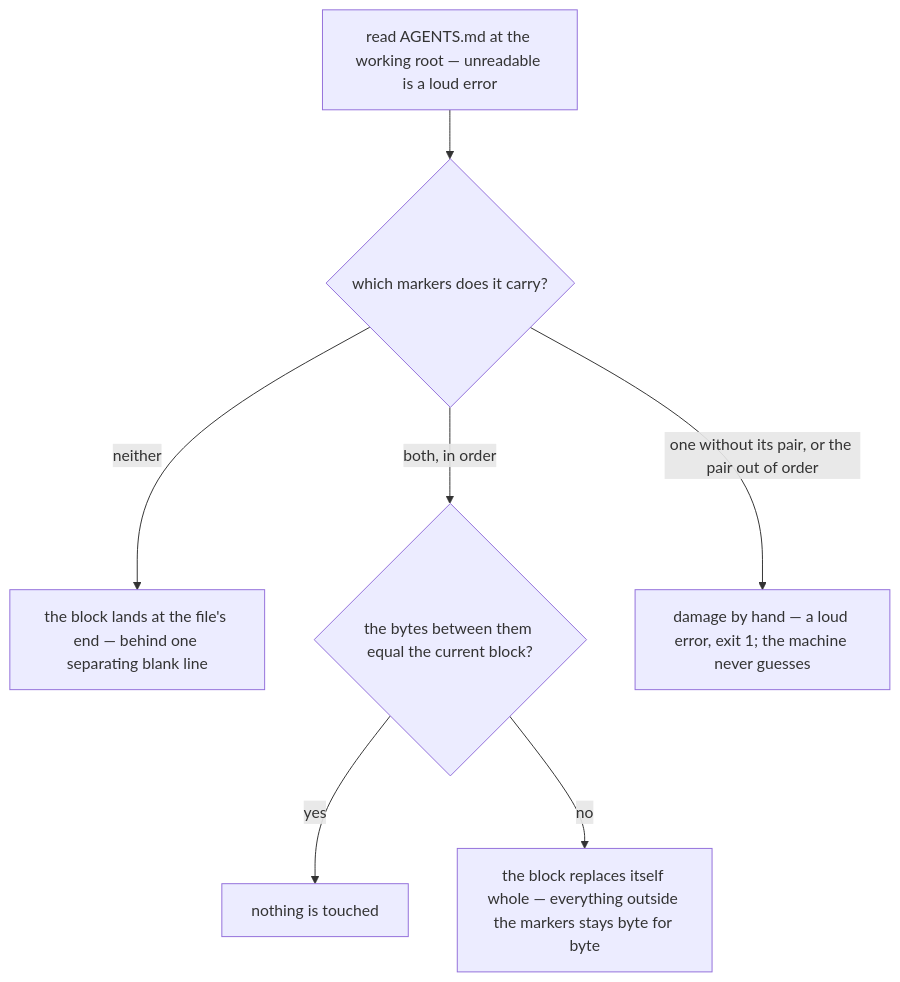
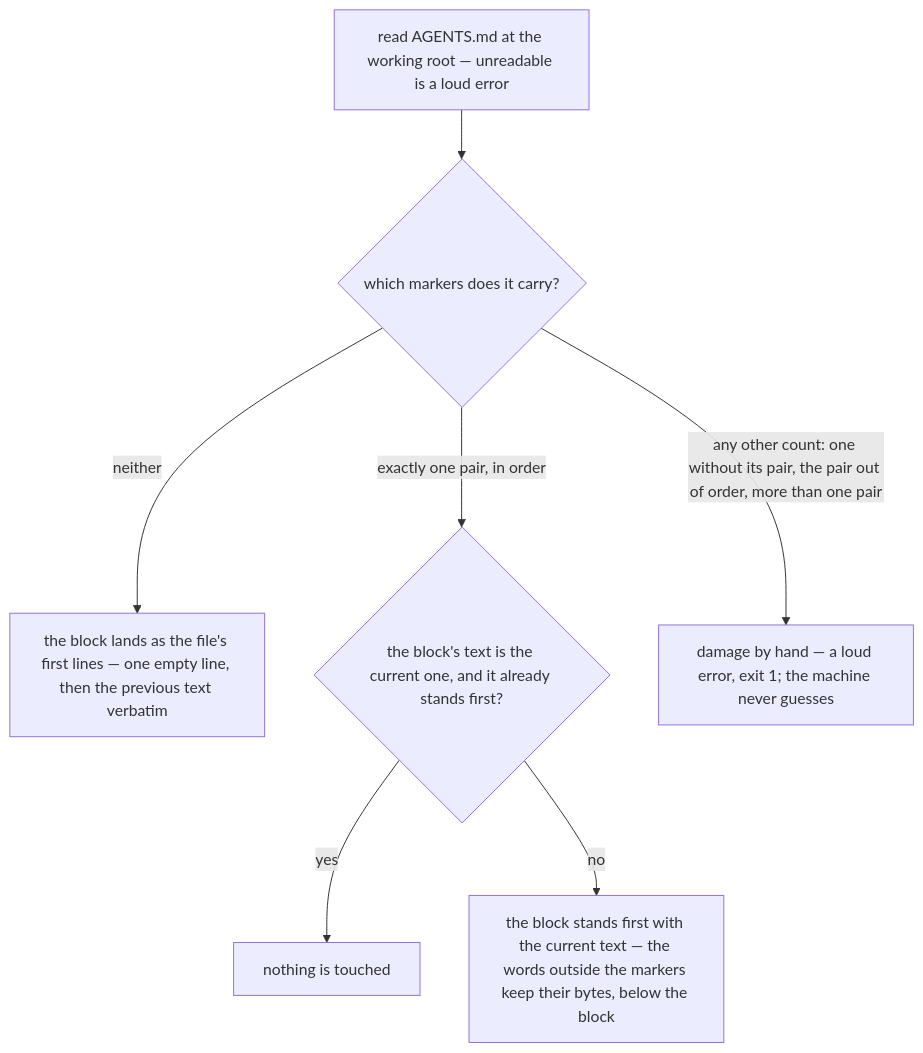
One commit to neurophant/punchtape changed the eighth of 9 diagrams in docs/ARCHITECTURE.md. Above: the diagram before and after it, drawn with Mermaid. The commit also changed other lines of this file and 160 other files, not shown here.

````diff
--- a/docs/ARCHITECTURE.md
+++ b/docs/ARCHITECTURE.md
@@ -774,9 +845,9 @@
 ```mermaid
 flowchart TD
     R["read AGENTS.md at the working root — unreadable is a loud error"] --> M{"which markers does it carry?"}
-    M -- "neither" --> APP["the block lands at the file's end — behind one separating blank line"]
-    M -- "both, in order" --> EQ{"the bytes between them equal the current block?"}
+    M -- "neither" --> APP["the block lands as the file's first lines — one empty line, then the previous text verbatim"]
+    M -- "exactly one pair, in order" --> EQ{"the block's text is the current one, and it already stands first?"}
     EQ -- "yes" --> NOP["nothing is touched"]
-    EQ -- "no" --> REP["the block replaces itself whole — everything outside the markers stays byte for byte"]
-    M -- "one without its pair, or the pair out of order" --> ERR["damage by hand — a loud error, exit 1; the machine never guesses"]
+    EQ -- "no" --> REP["the block stands first with the current text — the words outside the markers keep their bytes, below the block"]
+    M -- "any other count: one without its pair, the pair out of order, more than one pair" --> ERR["damage by hand — a loud error, exit 1; the machine never guesses"]
 ```
````
